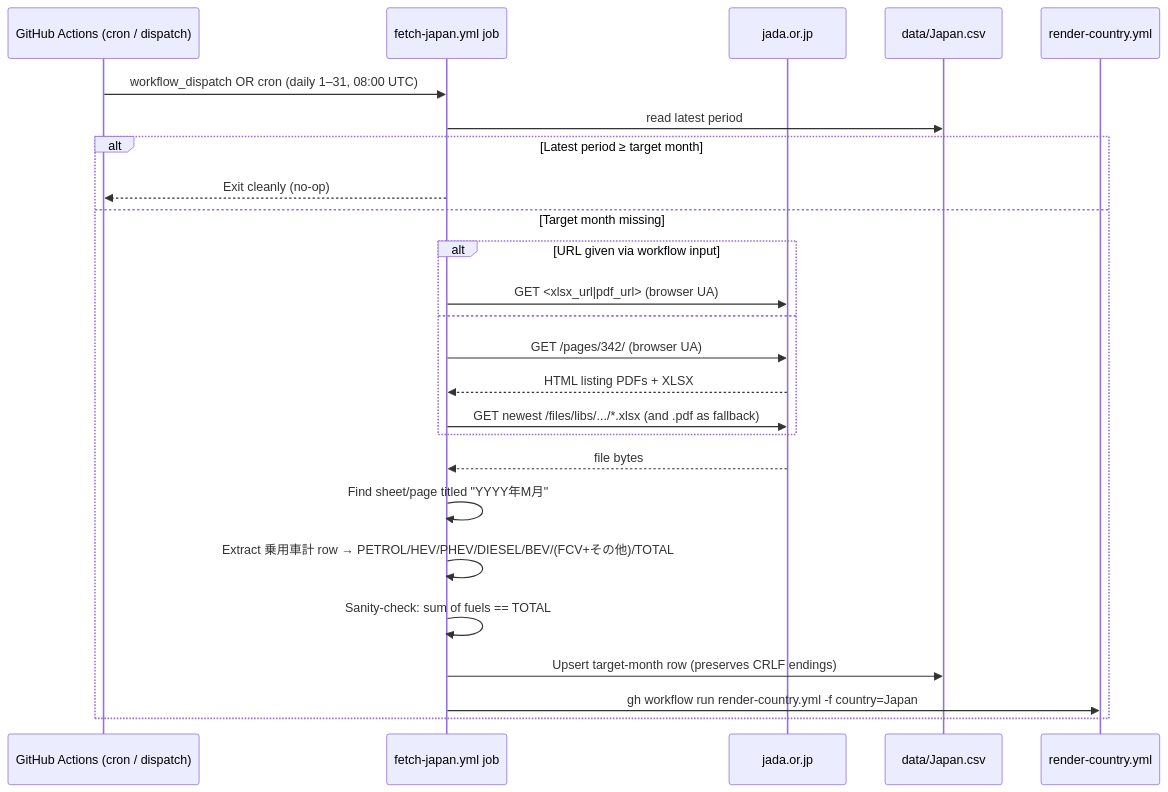
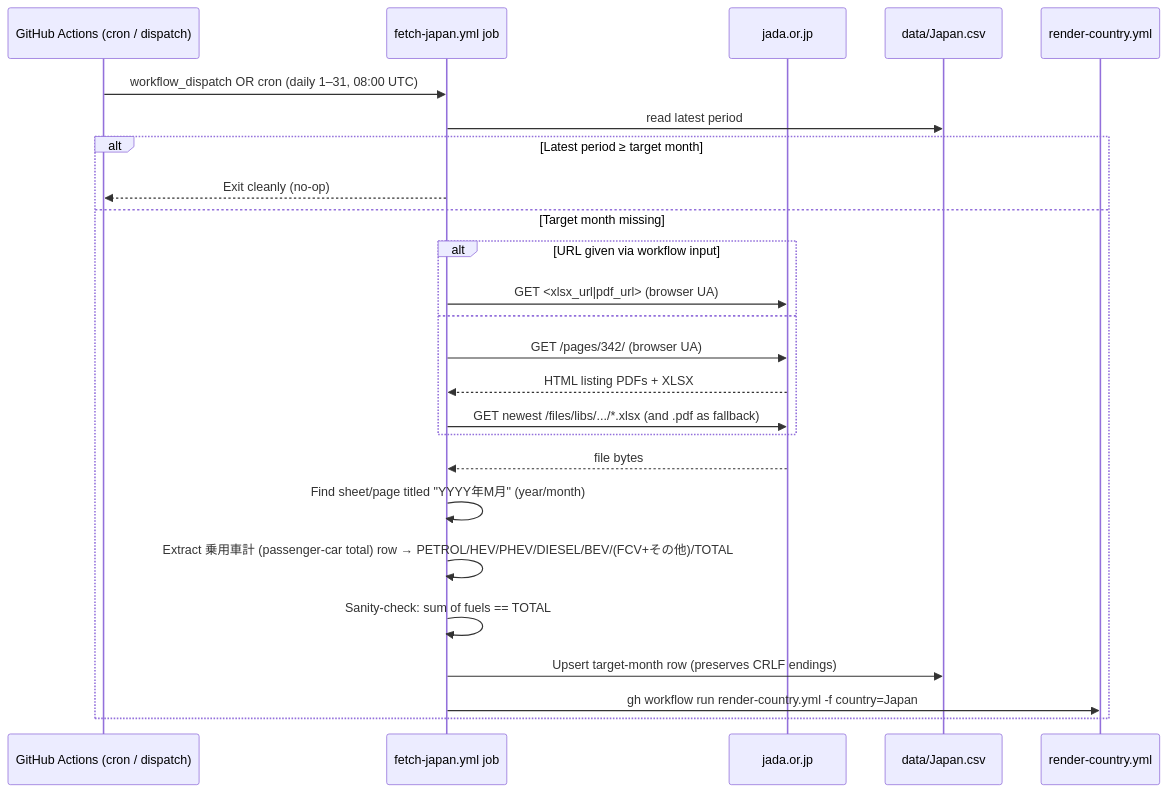
Before and after one commit to LeRaffl/LeRaffl-Gallery: diagram 11 of 11 in docs/architecture/05-flows.md, drawn with Mermaid. The commit also changed other lines of this file and 2 other files, not shown here.

````diff
--- a/docs/architecture/05-flows.md
+++ b/docs/architecture/05-flows.md
@@ -344,28 +344,28 @@
 ```mermaid
 sequenceDiagram
     participant Cron as GitHub Actions (cron / dispatch)
     participant Job as fetch-japan.yml job
     participant Site as jada.or.jp
     participant CSV as data/Japan.csv
     participant Render as render-country.yml
 
     Cron->>Job: workflow_dispatch OR cron (daily 1–31, 08:00 UTC)
     Job->>CSV: read latest period
     alt Latest period ≥ target month
         Job-->>Cron: Exit cleanly (no-op)
     else Target month missing
         alt URL given via workflow input
             Job->>Site: GET <xlsx_url|pdf_url> (browser UA)
         else
             Job->>Site: GET /pages/342/ (browser UA)
             Site-->>Job: HTML listing PDFs + XLSX
             Job->>Site: GET newest /files/libs/.../*.xlsx (and .pdf as fallback)
         end
         Site-->>Job: file bytes
-        Job->>Job: Find sheet/page titled "YYYY年M月"
-        Job->>Job: Extract 乗用車計 row → PETROL/HEV/PHEV/DIESEL/BEV/(FCV+その他)/TOTAL
+        Job->>Job: Find sheet/page titled "YYYY年M月" (year/month)
+        Job->>Job: Extract 乗用車計 (passenger-car total) row → PETROL/HEV/PHEV/DIESEL/BEV/(FCV+その他)/TOTAL
         Job->>Job: Sanity-check: sum of fuels == TOTAL
         Job->>CSV: Upsert target-month row (preserves CRLF endings)
         Job->>Render: gh workflow run render-country.yml -f country=Japan
     end
 ```
````
